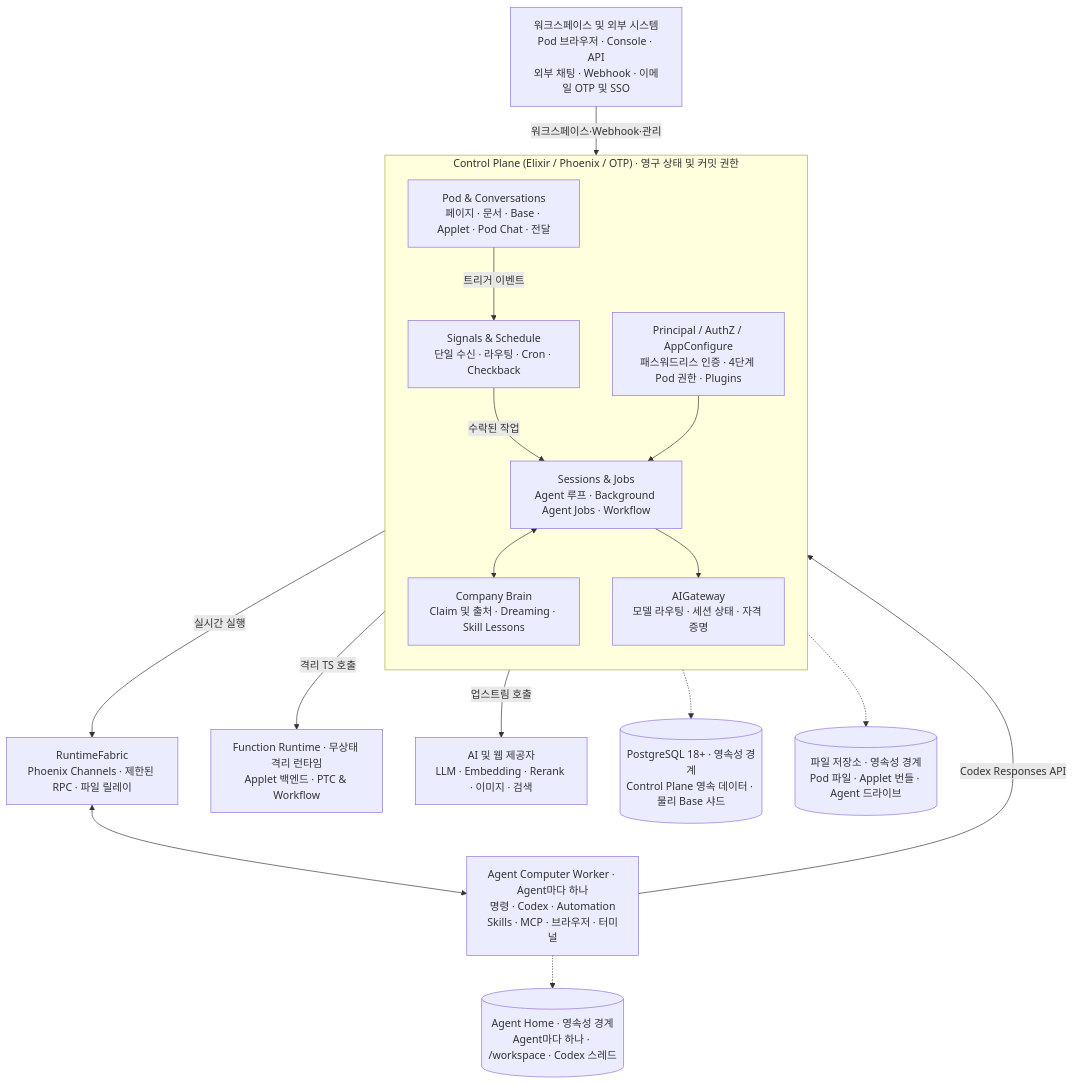
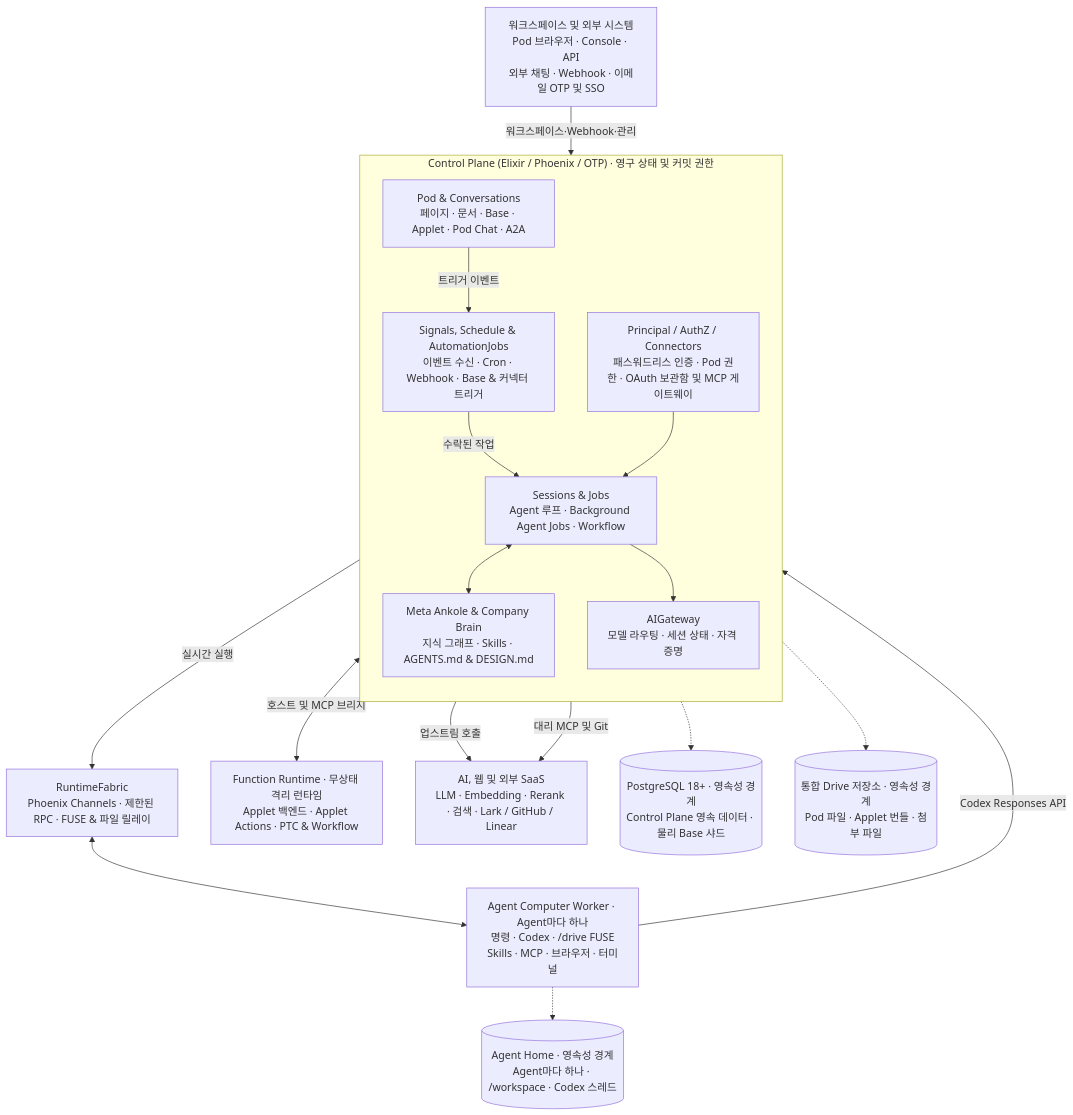
Before and after one commit to AgentBull/ankole: the diagram in README.ko.md, drawn with Mermaid. The commit also changed other lines of this file and 409 other files, not shown here.

````diff
--- a/README.ko.md
+++ b/README.ko.md
@@ -150,38 +151,39 @@
 ```mermaid
 flowchart TB
   External["워크스페이스 및 외부 시스템<br/>Pod 브라우저 · Console · API<br/>외부 채팅 · Webhook · 이메일 OTP 및 SSO"]
 
   subgraph Control["Control Plane (Elixir / Phoenix / OTP) · 영구 상태 및 커밋 권한"]
     direction TB
-    Pod["Pod & Conversations<br/>페이지 · 문서 · Base · Applet · Pod Chat · 전달"]
-    Platform["Principal / AuthZ / AppConfigure<br/>패스워드리스 인증 · 4단계 Pod 권한 · Plugins"]
-    Signals["Signals & Schedule<br/>단일 수신 · 라우팅 · Cron · Checkback"]
+    Pod["Pod & Conversations<br/>페이지 · 문서 · Base · Applet · Pod Chat · A2A"]
+    Platform["Principal / AuthZ / Connectors<br/>패스워드리스 인증 · Pod 권한 · OAuth 보관함 및 MCP 게이트웨이"]
+    Signals["Signals, Schedule & AutomationJobs<br/>이벤트 수신 · Cron · Webhook · Base & 커넥터 트리거"]
     Runtime["Sessions & Jobs<br/>Agent 루프 · Background Agent Jobs · Workflow"]
-    Brain["Company Brain<br/>Claim 및 출처 · Dreaming · Skill Lessons"]
+    Meta["Meta Ankole & Company Brain<br/>지식 그래프 · Skills · AGENTS.md & DESIGN.md"]
     AI["AIGateway<br/>모델 라우팅 · 세션 상태 · 자격 증명"]
   end
 
-  Fabric["RuntimeFabric<br/>Phoenix Channels · 제한된 RPC · 파일 릴레이"]
-  Workers["Agent Computer Worker · Agent마다 하나<br/>명령 · Codex · Automation<br/>Skills · MCP · 브라우저 · 터미널"]
-  FnRuntime["Function Runtime · 무상태 격리 런타임<br/>Applet 백엔드 · PTC & Workflow"]
-  Providers["AI 및 웹 제공자<br/>LLM · Embedding · Rerank · 이미지 · 검색"]
+  Fabric["RuntimeFabric<br/>Phoenix Channels · 제한된 RPC · FUSE & 파일 릴레이"]
+  Workers["Agent Computer Worker · Agent마다 하나<br/>명령 · Codex · /drive FUSE<br/>Skills · MCP · 브라우저 · 터미널"]
+  FnRuntime["Function Runtime · 무상태 격리 런타임<br/>Applet 백엔드 · Applet Actions · PTC & Workflow"]
+  Providers["AI, 웹 및 외부 SaaS<br/>LLM · Embedding · Rerank · 검색 · Lark / GitHub / Linear"]
 
   PG[("PostgreSQL 18+ · 영속성 경계<br/>Control Plane 영속 데이터 · 물리 Base 샤드")]
-  Files[("파일 저장소 · 영속성 경계<br/>Pod 파일 · Applet 번들 · Agent 드라이브")]
+  Files[("통합 Drive 저장소 · 영속성 경계<br/>Pod 파일 · Applet 번들 · 첨부 파일")]
   Homes[("Agent Home · 영속성 경계<br/>Agent마다 하나 · /workspace · Codex 스레드")]
 
   External -->|"워크스페이스·Webhook·관리"| Control
   Pod -->|"트리거 이벤트"| Signals
   Signals -->|"수락된 작업"| Runtime
   Platform --> Runtime
-  Runtime <--> Brain
+  Runtime <--> Meta
   Runtime --> AI
-  Control -->|"격리 TS 호출"| FnRuntime
+  Control <-->|"호스트 및 MCP 브리지"| FnRuntime
   Control -->|"실시간 실행"| Fabric
   Fabric <--> Workers
   Workers -->|"Codex Responses API"| AI
   AI -->|"업스트림 호출"| Providers
+  Platform -->|"대리 MCP 및 Git"| Providers
   Control -.-> PG
   Control -.-> Files
   Workers -.-> Homes
 ```
````
